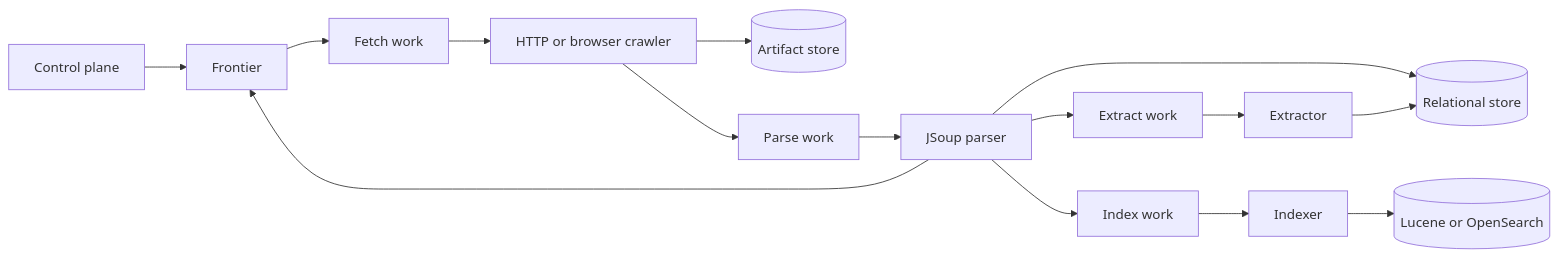
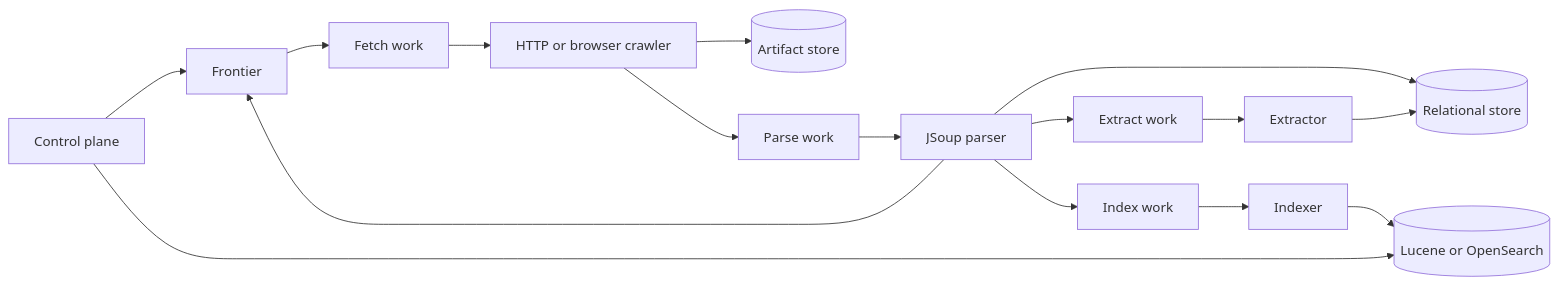
The diagram in docs/architecture.md (wenisch-tech/ContextCrate), drawn with Mermaid before and after one commit. The commit also changed other lines of this file and 12 other files, not shown here.

````diff
--- a/docs/architecture.md
+++ b/docs/architecture.md
@@ -7,17 +7,18 @@
 ```mermaid
 flowchart LR
   UI[Control plane] --> F[Frontier]
   F --> Q1[Fetch work]
   Q1 --> C[HTTP or browser crawler]
   C --> A[(Artifact store)]
   C --> Q2[Parse work]
   Q2 --> P[JSoup parser]
   P --> F
   P --> D[(Relational store)]
   P --> Q3[Extract work]
   Q3 --> E[Extractor]
   E --> D
   P --> Q4[Index work]
   Q4 --> I[Indexer]
   I --> S[(Lucene or OpenSearch)]
+  UI --> S
 ```
````
